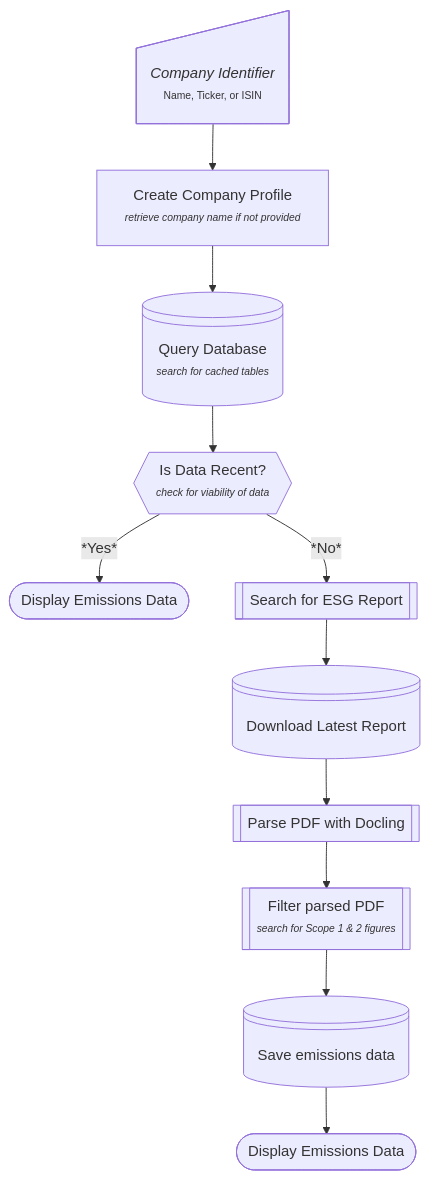
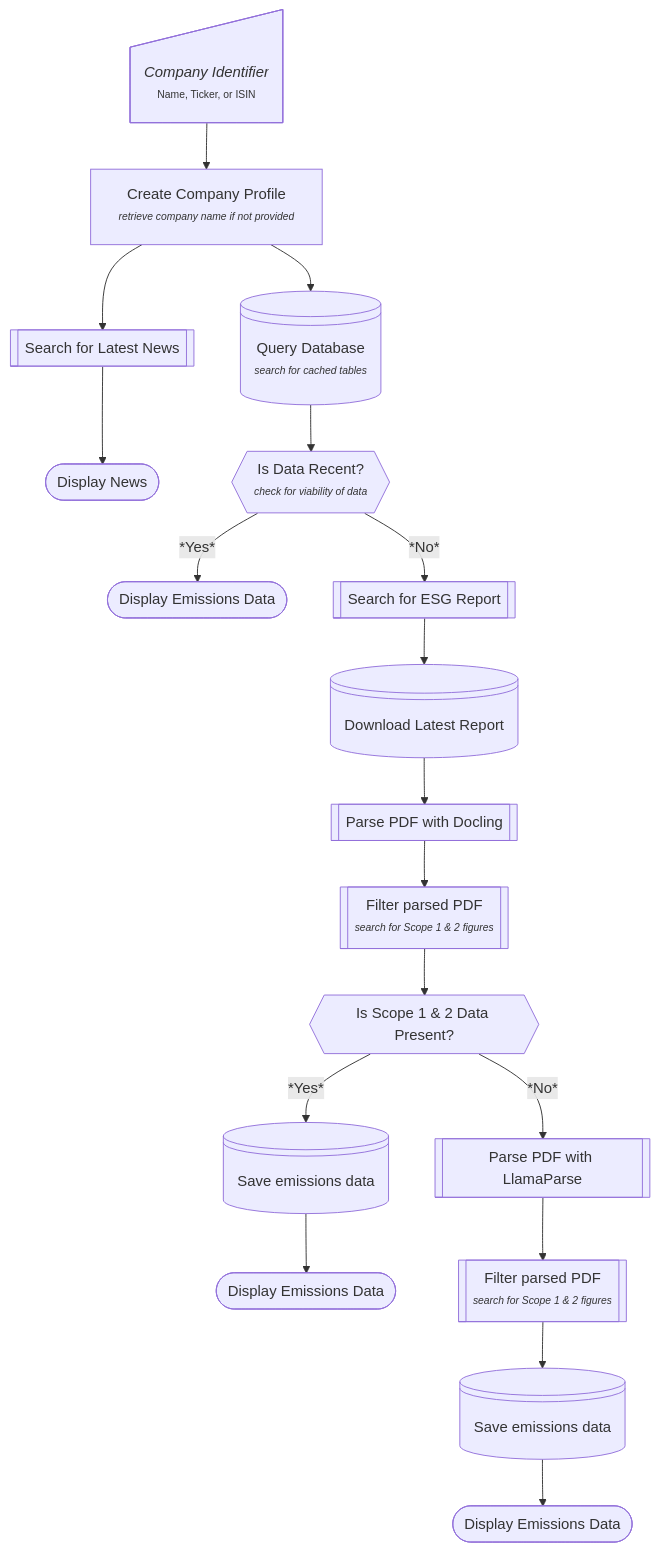
One commit to imanzaf/esg-data-retrieval changed the diagram in src/diagram.md. Above: the diagram before and after it, drawn with Mermaid.

Commit message:
update diagram

````diff
--- a/src/diagram.md
+++ b/src/diagram.md
@@ -1,15 +1,22 @@
 ```mermaid
 flowchart TD
 
     A@{ shape: sl-rect, label: "*Company Identifier* <br> <sub><sup>Name, Ticker, or ISIN </sub></sup>"}
     A --> B@{ shape: rect, label: "Create Company Profile <br> <sub><sup> *retrieve company name if not provided* </sub></sup>"}
+    B --> BB@{ shape: fr-rect, label: "Search for Latest News"}
+    BB --> BB1@{ shape: stadium, label: "Display News"}
     B --> C@{ shape: lin-cyl, label: "Query Database <br> <sub><sup> *search for cached tables* </sub></sup>"}
     C --> D@{ shape: hexagon, label: "Is Data Recent? <br> <sub><sup> *check for viability of data* </sub></sup>"}
     D -->|*Yes*| E@{ shape: stadium, label: "Display Emissions Data"}
     D -->|*No*| F@{ shape: fr-rect, label: "Search for ESG Report"}
     F --> G@{ shape: lin-cyl, label: "Download Latest Report"}
     G --> H@{ shape: fr-rect, label: "Parse PDF with Docling"}
     H --> I@{ shape: fr-rect, label: "Filter parsed PDF <br> <sub><sup> *search for Scope 1 & 2 figures* </sub></sup>"}
-    I --> J@{ shape: lin-cyl, label: "Save emissions data"}
+    I --> II@{ shape: hexagon, label: "Is Scope 1 & 2 Data Present?"}
+    II --> |*Yes*| J@{ shape: lin-cyl, label: "Save emissions data"}
+    II --> |*No*| JJ@{ shape: fr-rect, label: "Parse PDF with LlamaParse"}
     J --> K@{ shape: stadium, label: "Display Emissions Data"}
+    JJ --> L@{ shape: fr-rect, label: "Filter parsed PDF <br> <sub><sup> *search for Scope 1 & 2 figures* </sub></sup>"}
+    L --> M@{ shape: lin-cyl, label: "Save emissions data"}
+    M --> N@{ shape: stadium, label: "Display Emissions Data"}
 ```
````
